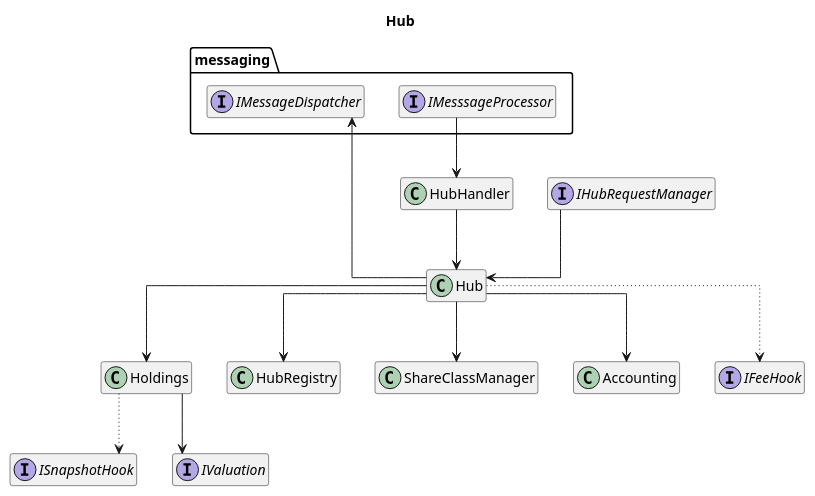
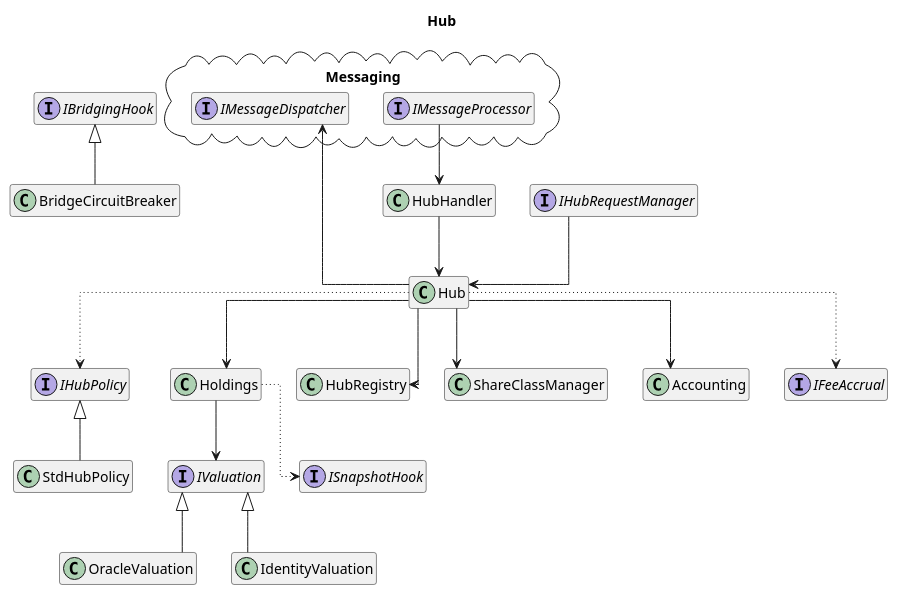
One commit to centrifuge/protocol changed the diagram in docs/architecture/core/hub.puml. Above: the diagram before and after it, drawn with PlantUML. The commit also changed 446 other files, not shown here.

```diff
--- a/docs/architecture/core/hub.puml
+++ b/docs/architecture/core/hub.puml
@@ -1,39 +1,52 @@
 @startuml hub
 title Hub
 hide empty members
 
 skinparam linetype ortho
 
-package messaging {
+package "Messaging" <<cloud>> {
     interface IMessageDispatcher
-    interface IMesssageProcessor
+    interface IMessageProcessor
 }
 
 class Hub
 class HubHandler
 class Holdings
 class HubRegistry
 class ShareClassManager
 class Accounting
+class StdHubPolicy
+class BridgeCircuitBreaker
 
 interface ISnapshotHook
+interface IBridgingHook
 interface IValuation
-interface IFeeHook
+interface IFeeAccrual
+
+class OracleValuation
+class IdentityValuation
+interface IHubPolicy
 interface IHubRequestManager
 
 Hub --> Holdings
 Hub --> HubRegistry
 Hub --> ShareClassManager
 Hub --> Accounting
 Hub --> IMessageDispatcher
-Hub .[dotted].> IFeeHook
+Hub .[dotted].> IFeeAccrual
+Hub .[dotted].> IHubPolicy
 
 HubHandler --> Hub
-IMesssageProcessor --> HubHandler
+IMessageProcessor --> HubHandler
 
 IHubRequestManager --> Hub
 
 Holdings --> IValuation
+OracleValuation -up-|> IValuation
+IdentityValuation -up-|> IValuation
 Holdings .[dotted].> ISnapshotHook
 
+StdHubPolicy -up-|> IHubPolicy
+BridgeCircuitBreaker -up-|> IBridgingHook
+
 @enduml
```
